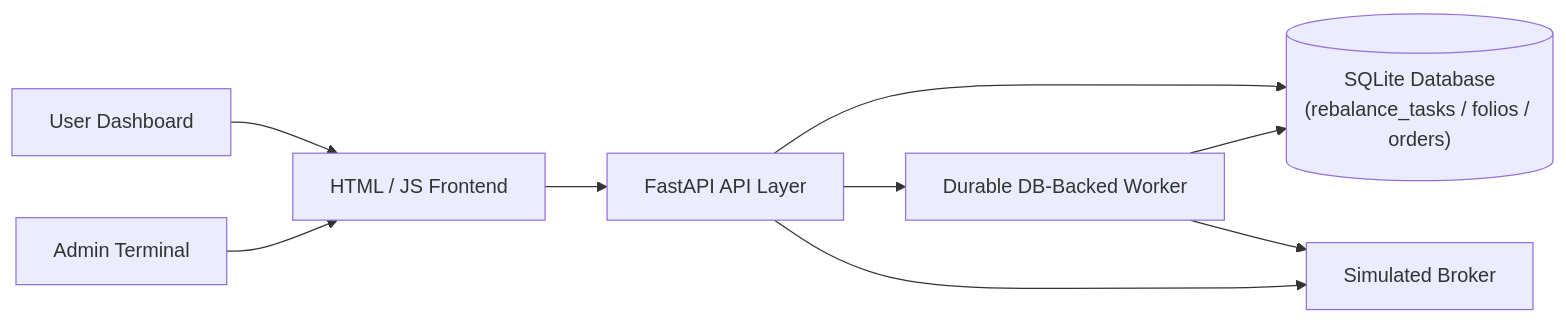
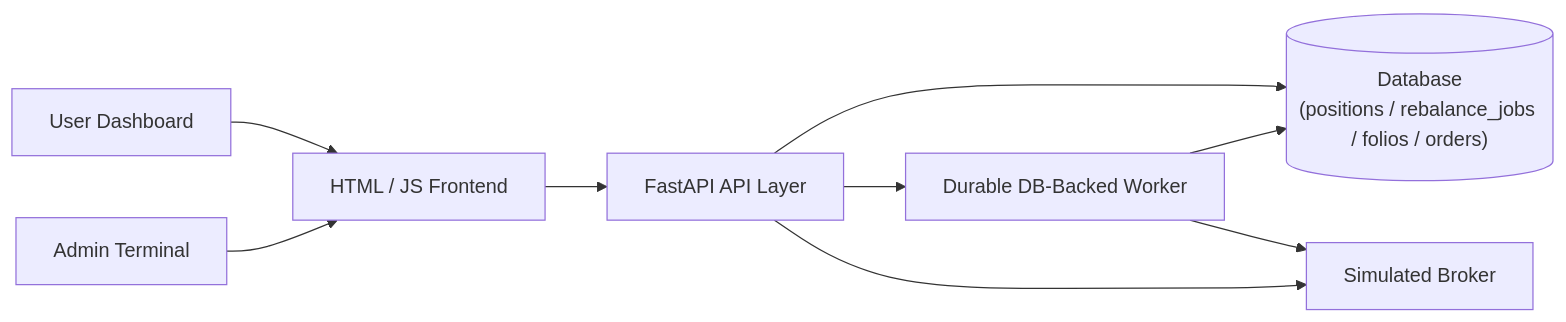
The diagram in README.md (sridhar8910/StockWiz), drawn with Mermaid before and after one commit. The commit also changed other lines of this file and 14 other files, not shown here.

Commit message:
Implement senior-level architectural hardening: atomic rebalance locks, explicit Position ledger, RebalanceJob orchestration, active subscription uniqueness, and concurrency tests

````diff
--- a/README.md
+++ b/README.md
@@ -38,19 +38,19 @@
 ```mermaid
 flowchart LR
     User["User Dashboard"]
     Admin["Admin Terminal"]
     UI["HTML / JS Frontend"]
     API["FastAPI API Layer"]
     Worker["Durable DB-Backed Worker"]
-    DB[("SQLite Database\n(rebalance_tasks / folios / orders)")]
+    DB[("Database\n(positions / rebalance_jobs / folios / orders)")]
     Broker["Simulated Broker"]
 
     User --> UI
     Admin --> UI
     UI --> API
     API --> DB
     API --> Worker
     Worker --> DB
     Worker --> Broker
     API --> Broker
 ```
````
